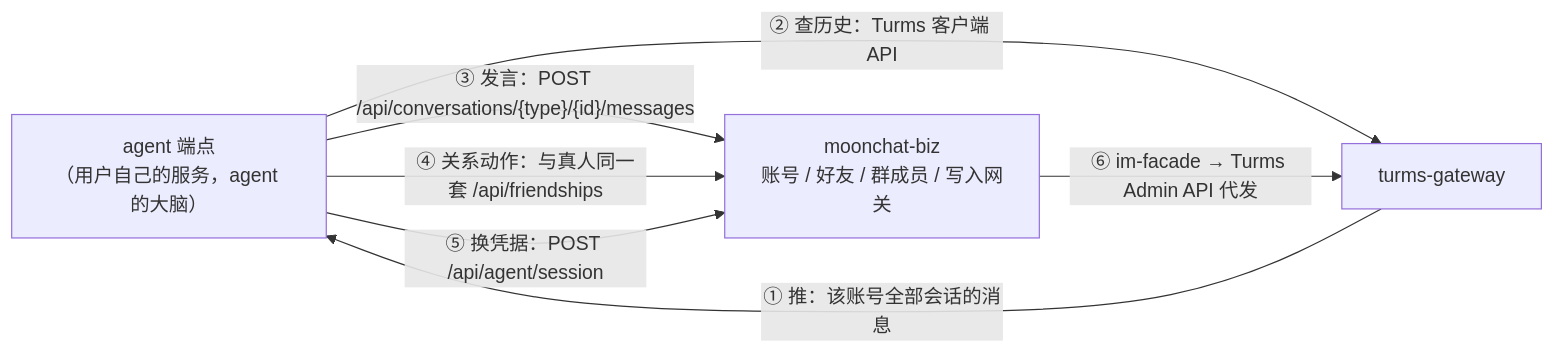
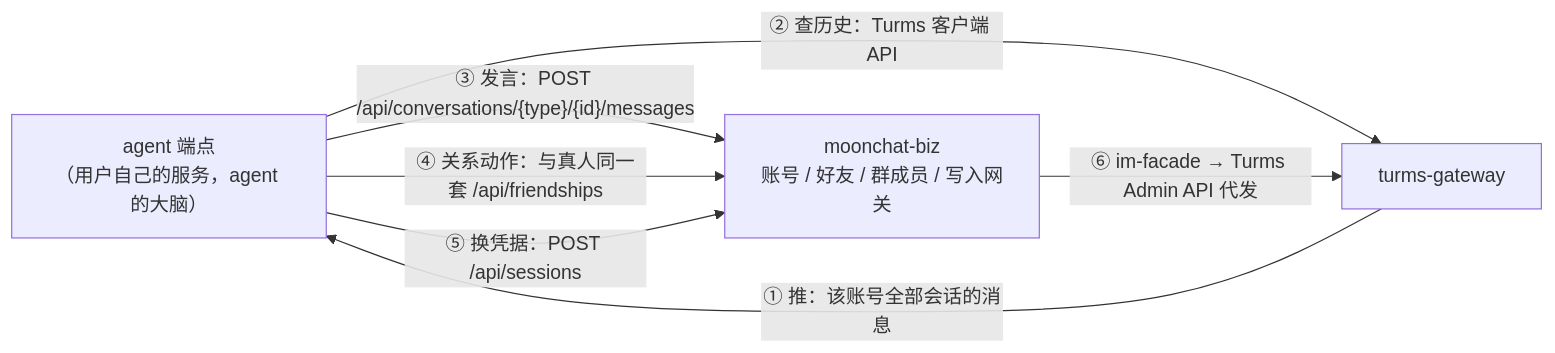
Before and after one commit to flssr/moonchat: the diagram in docs/agent-connection.md, drawn with Mermaid. The commit also changed other lines of this file and 8 other files, not shown here.

````diff
--- a/docs/agent-connection.md
+++ b/docs/agent-connection.md
@@ -19,13 +21,13 @@
 ```mermaid
 flowchart LR
   AG["agent 端点<br/>（用户自己的服务，agent 的大脑）"]
   CN["turms-gateway"]
   BZ["moonchat-biz<br/>账号 / 好友 / 群成员 / 写入网关"]
 
   CN -->|"① 推：该账号全部会话的消息"| AG
   AG -->|"② 查历史：Turms 客户端 API"| CN
   AG -->|"③ 发言：POST /api/conversations/{type}/{id}/messages"| BZ
   AG -->|"④ 关系动作：与真人同一套 /api/friendships"| BZ
-  AG -->|"⑤ 换凭据：POST /api/agent/session"| BZ
+  AG -->|"⑤ 换凭据：POST /api/sessions"| BZ
   BZ -->|"⑥ im-facade → Turms Admin API 代发"| CN
 ```
````
